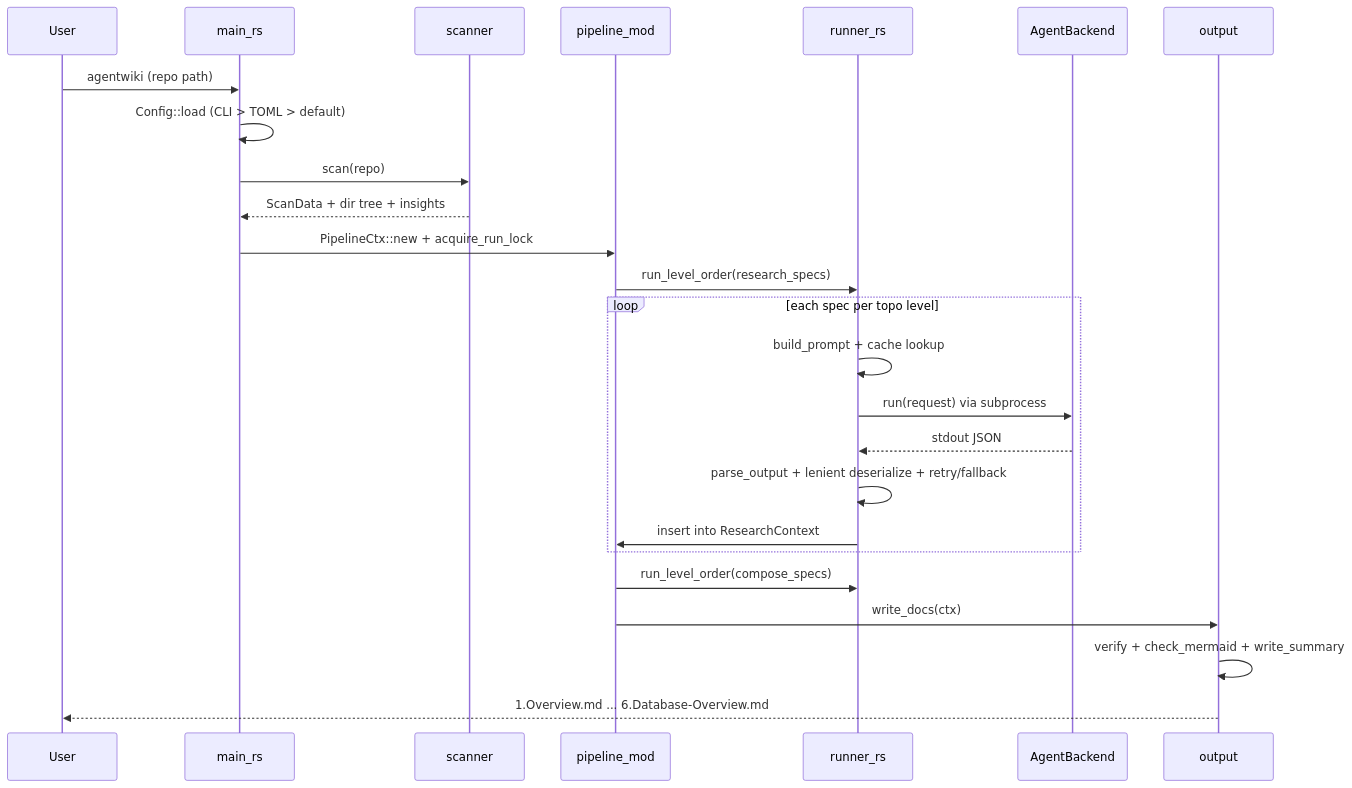
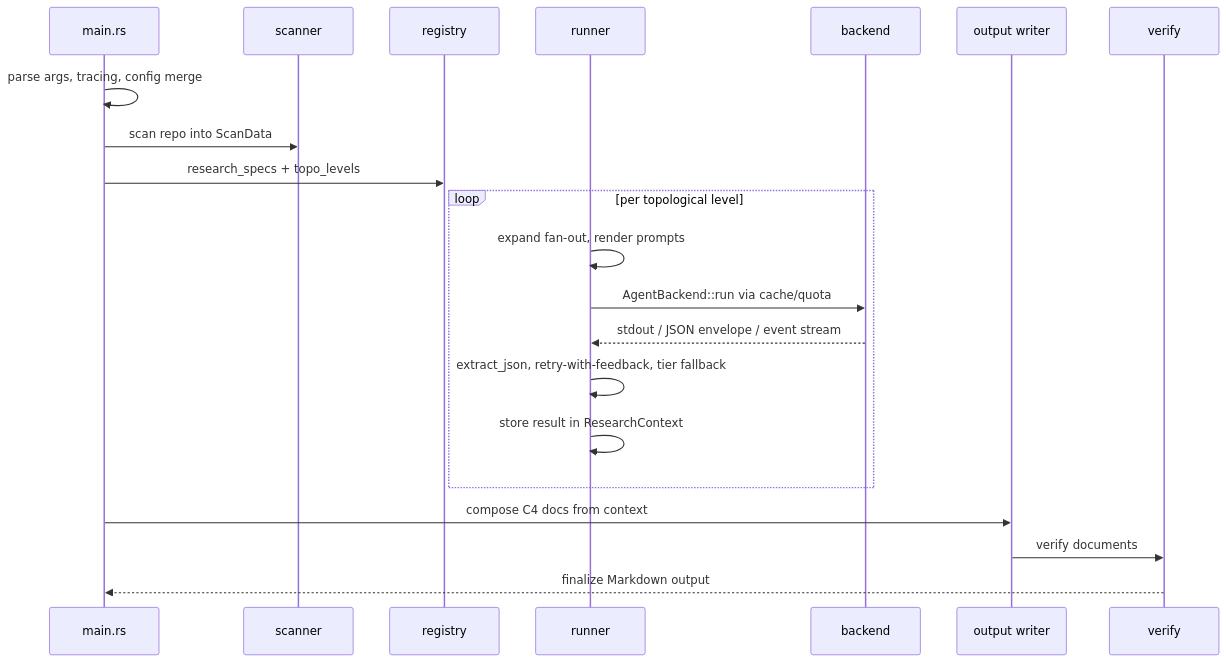
The fourth of 8 diagrams in docs/en/2.Architecture.md (tidusvn05/agentwiki), drawn with Mermaid before and after one commit. The commit also changed other lines of this file and 49 other files, not shown here.

````diff
--- a/docs/en/2.Architecture.md
+++ b/docs/en/2.Architecture.md
@@ -253,28 +256,24 @@
 ```mermaid
 sequenceDiagram
-    participant U as User
-    participant M as main_rs
-    participant S as scanner
-    participant P as pipeline_mod
-    participant R as runner_rs
-    participant B as AgentBackend
-    participant O as output
+    participant M as main.rs
+    participant SC as scanner
+    participant RG as registry
+    participant RN as runner
+    participant BE as backend
+    participant WR as output writer
+    participant VF as verify
 
-    U->>M: agentwiki (repo path)
-    M->>M: Config::load (CLI > TOML > default)
-    M->>S: scan(repo)
-    S-->>M: ScanData + dir tree + insights
-    M->>P: PipelineCtx::new + acquire_run_lock
-    P->>R: run_level_order(research_specs)
-    loop each spec per topo level
-        R->>R: build_prompt + cache lookup
-        R->>B: run(request) via subprocess
-        B-->>R: stdout JSON
-        R->>R: parse_output + lenient deserialize + retry/fallback
-        R->>P: insert into ResearchContext
+    M->>M: parse args, tracing, config merge
+    M->>SC: scan repo into ScanData
+    M->>RG: research_specs + topo_levels
+    loop per topological level
+        RN->>RN: expand fan-out, render prompts
+        RN->>BE: AgentBackend::run via cache/quota
+        BE-->>RN: stdout / JSON envelope / event stream
+        RN->>RN: extract_json, retry-with-feedback, tier fallback
+        RN->>RN: store result in ResearchContext
     end
-    P->>R: run_level_order(compose_specs)
-    P->>O: write_docs(ctx)
-    O->>O: verify + check_mermaid + write_summary
-    O-->>U: 1.Overview.md ... 6.Database-Overview.md
+    M->>WR: compose C4 docs from context
+    WR->>VF: verify documents
+    VF-->>M: finalize Markdown output
 ```
````
